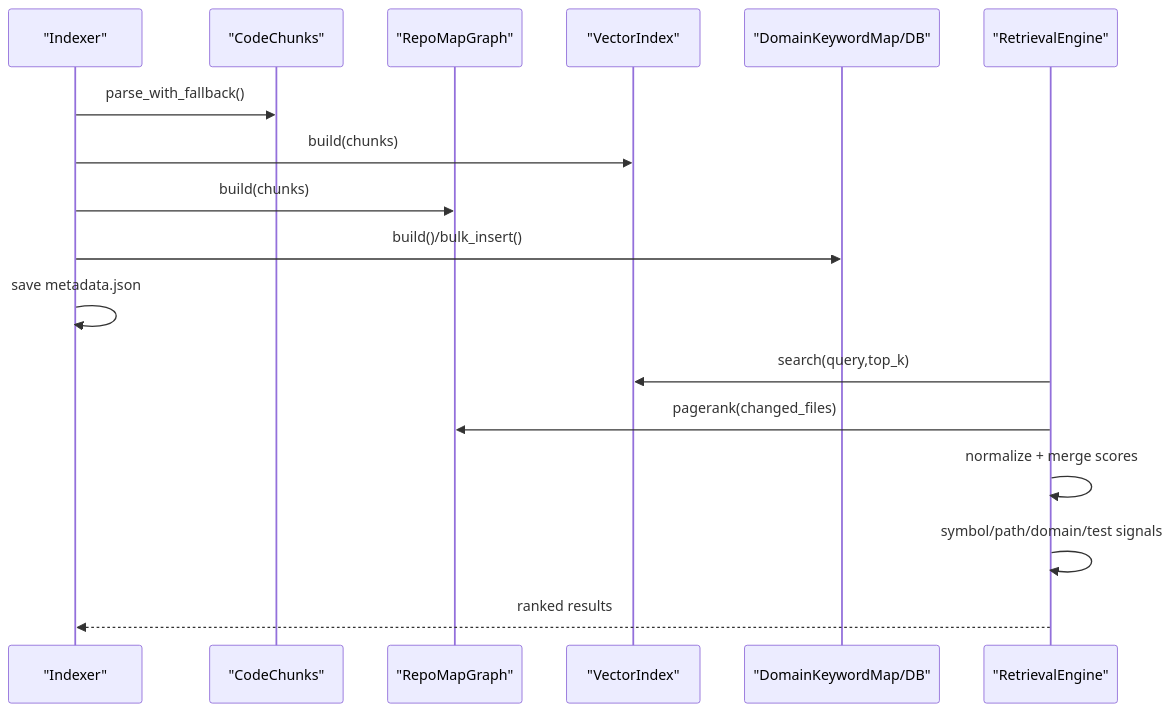
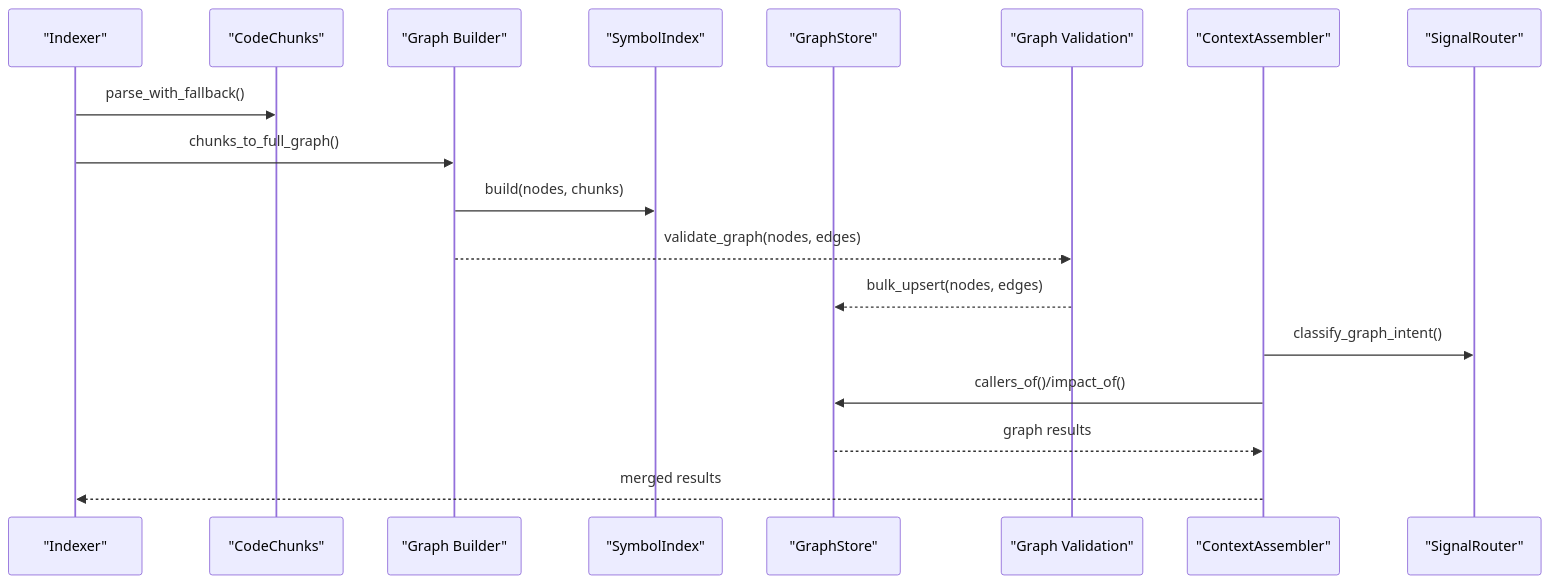
The second of 10 diagrams in .qoder/repowiki/en/content/Core Modules/Graph Engine.md (maemreyo/zmr-ctx-paker), drawn with Mermaid before and after one commit. The commit also changed other lines of this file and 25 other files, not shown here.

````diff
--- a/.qoder/repowiki/en/content/Core Modules/Graph Engine.md
+++ b/.qoder/repowiki/en/content/Core Modules/Graph Engine.md
@@ -112,19 +167,20 @@
 ```mermaid
 sequenceDiagram
 participant IDX as "Indexer"
 participant CHUNK as "CodeChunks"
-participant GRAPH as "RepoMapGraph"
-participant VEC as "VectorIndex"
-participant DM as "DomainKeywordMap/DB"
-participant RET as "RetrievalEngine"
+participant BUILDER as "Graph Builder"
+participant SYMBOL as "SymbolIndex"
+participant STORE as "GraphStore"
+participant VALID as "Graph Validation"
+participant ASSEM as "ContextAssembler"
+participant ROUTER as "SignalRouter"
 IDX->>CHUNK : parse_with_fallback()
-IDX->>VEC : build(chunks)
-IDX->>GRAPH : build(chunks)
-IDX->>DM : build()/bulk_insert()
-IDX->>IDX : save metadata.json
-RET->>VEC : search(query,top_k)
-RET->>GRAPH : pagerank(changed_files)
-RET->>RET : normalize + merge scores
-RET->>RET : symbol/path/domain/test signals
-RET-->>IDX : ranked results
+IDX->>BUILDER : chunks_to_full_graph()
+BUILDER->>SYMBOL : build(nodes, chunks)
+BUILDER-->>VALID : validate_graph(nodes, edges)
+VALID-->>STORE : bulk_upsert(nodes, edges)
+ASSEM->>ROUTER : classify_graph_intent()
+ASSEM->>STORE : callers_of()/impact_of()
+STORE-->>ASSEM : graph results
+ASSEM-->>IDX : merged results
 ```
````
